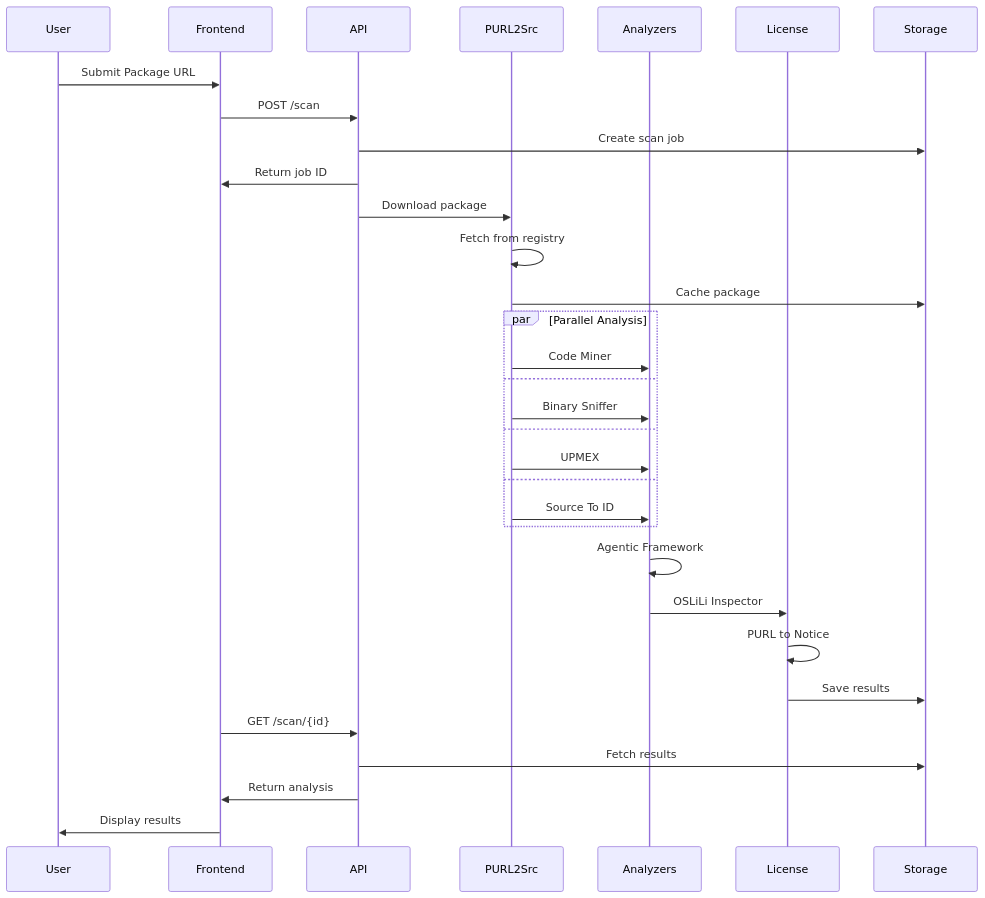
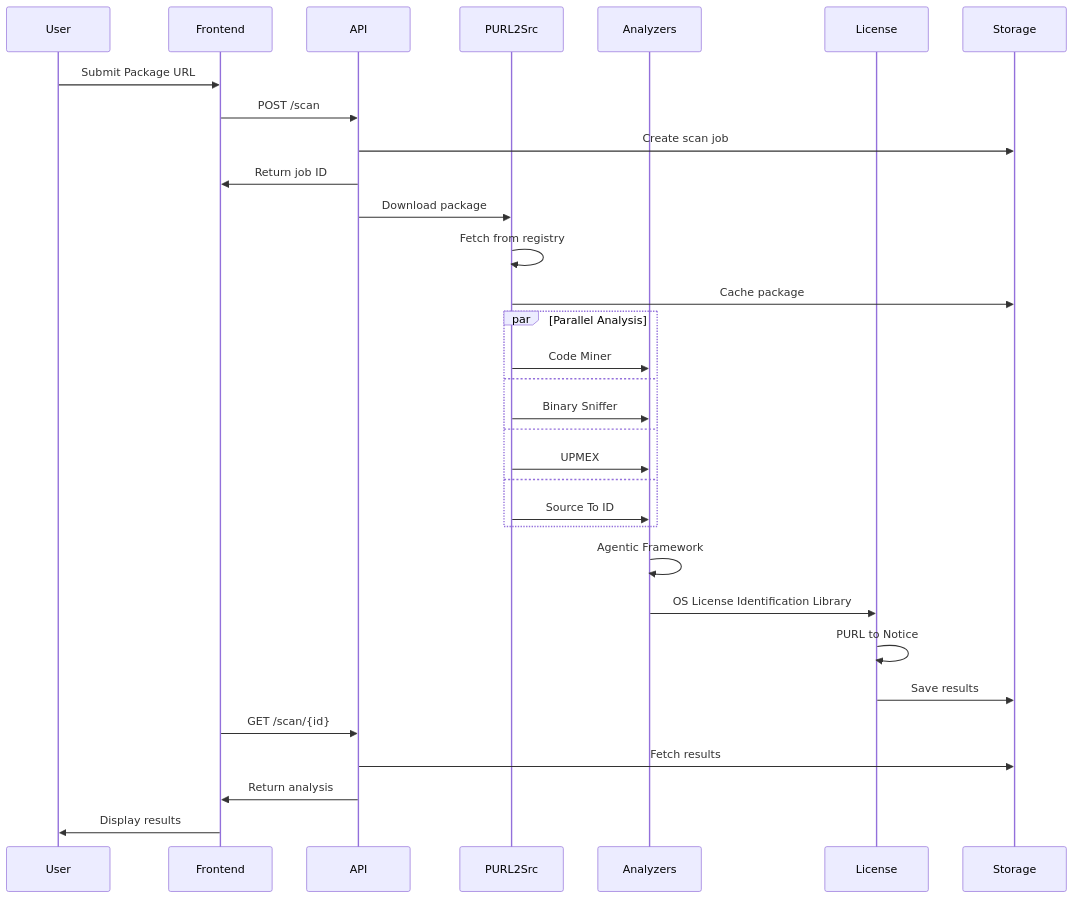
Before and after one commit to oscarvalenzuelab/codecopycatdefender.com: the second of 4 diagrams in capability-map.md, drawn with Mermaid. The commit also changed other lines of this file and 5 other files, not shown here.

Commit message:
Update OSLiLi Inspector name to OS License Identification Library

````diff
--- a/capability-map.md
+++ b/capability-map.md
@@ -73,39 +73,39 @@
 ```mermaid
 sequenceDiagram
     participant User
     participant Frontend
     participant API
     participant PURL2Src
     participant Analyzers
     participant License
     participant Storage
 
     User->>Frontend: Submit Package URL
     Frontend->>API: POST /scan
     API->>Storage: Create scan job
     API->>Frontend: Return job ID
     
     API->>PURL2Src: Download package
     PURL2Src->>PURL2Src: Fetch from registry
     PURL2Src->>Storage: Cache package
     
     par Parallel Analysis
         PURL2Src->>Analyzers: Code Miner
         and
         PURL2Src->>Analyzers: Binary Sniffer
         and
         PURL2Src->>Analyzers: UPMEX
         and
         PURL2Src->>Analyzers: Source To ID
     end
     
     Analyzers->>Analyzers: Agentic Framework
-    Analyzers->>License: OSLiLi Inspector
+    Analyzers->>License: OS License Identification Library
     License->>License: PURL to Notice
     License->>Storage: Save results
     
     Frontend->>API: GET /scan/{id}
     API->>Storage: Fetch results
     API->>Frontend: Return analysis
     Frontend->>User: Display results
 ```
````
